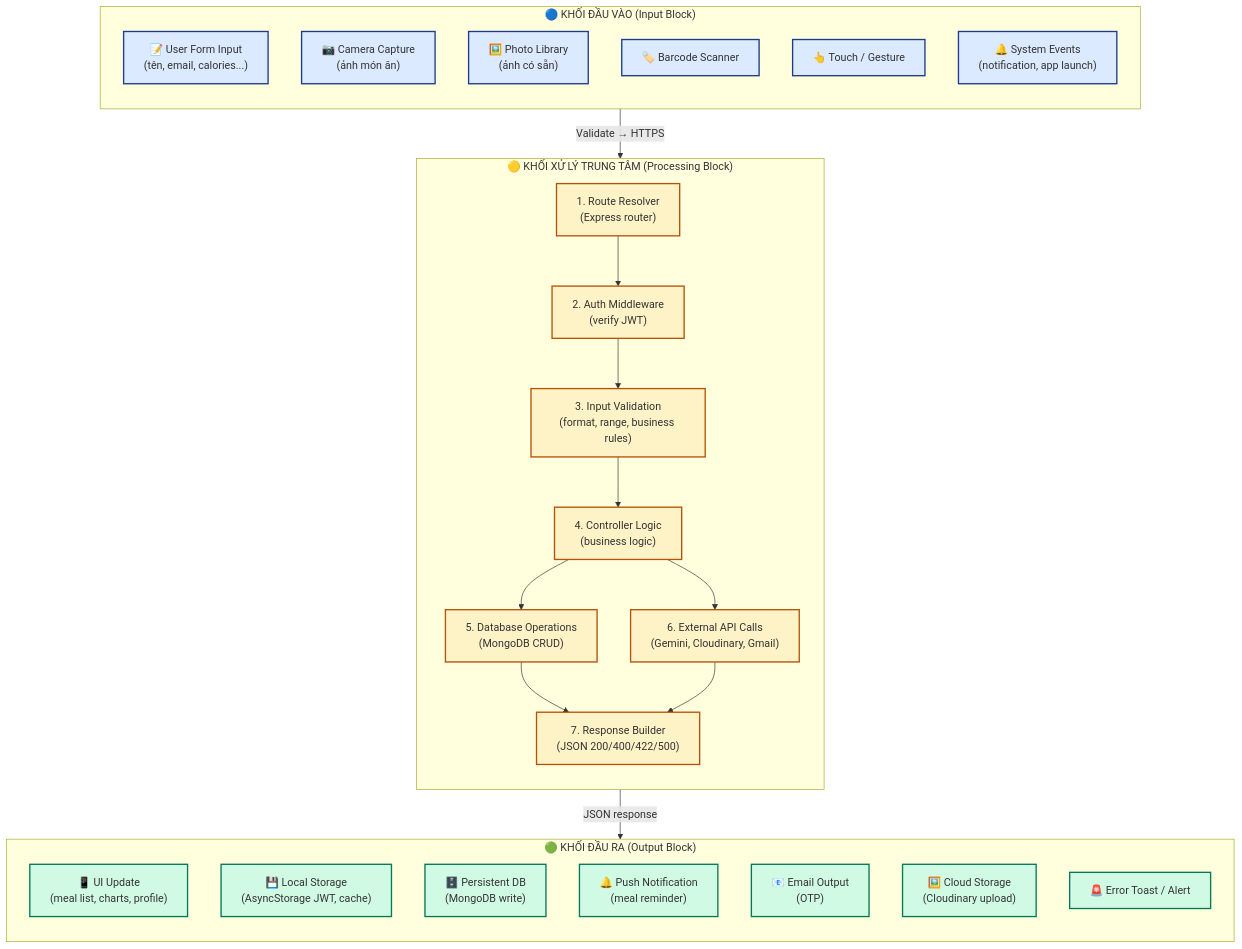
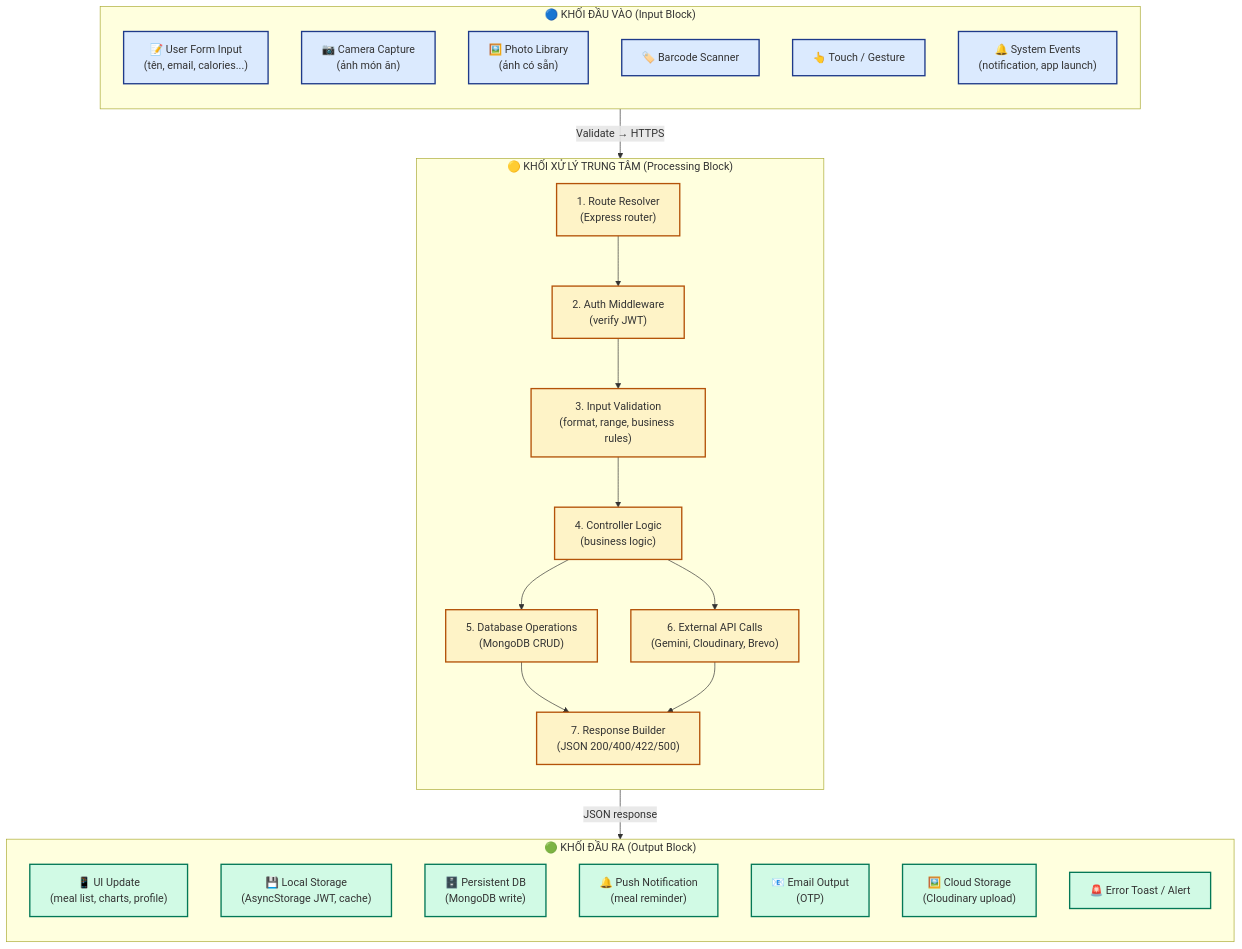
One commit to King242004/COMP1682.King changed the second of 3 diagrams in ARCHITECTURE.md. Above: the diagram before and after it, drawn with Mermaid. The commit also changed other lines of this file and 8 other files, not shown here.

````diff
--- a/ARCHITECTURE.md
+++ b/ARCHITECTURE.md
@@ -235,49 +235,49 @@
 ```mermaid
 flowchart TB
     subgraph INPUT["🔵 KHỐI ĐẦU VÀO (Input Block)"]
         direction TB
         I1["📝 User Form Input<br/>(tên, email, calories...)"]
         I2["📷 Camera Capture<br/>(ảnh món ăn)"]
         I3["🖼️ Photo Library<br/>(ảnh có sẵn)"]
         I4["🏷️ Barcode Scanner"]
         I5["👆 Touch / Gesture"]
         I6["🔔 System Events<br/>(notification, app launch)"]
     end
 
     subgraph PROCESS["🟡 KHỐI XỬ LÝ TRUNG TÂM (Processing Block)"]
         direction TB
         P1["1. Route Resolver<br/>(Express router)"]
         P2["2. Auth Middleware<br/>(verify JWT)"]
         P3["3. Input Validation<br/>(format, range, business rules)"]
         P4["4. Controller Logic<br/>(business logic)"]
         P5["5. Database Operations<br/>(MongoDB CRUD)"]
-        P6["6. External API Calls<br/>(Gemini, Cloudinary, Gmail)"]
+        P6["6. External API Calls<br/>(Gemini, Cloudinary, Brevo)"]
         P7["7. Response Builder<br/>(JSON 200/400/422/500)"]
         P1 --> P2 --> P3 --> P4 --> P5
         P4 --> P6
         P5 --> P7
         P6 --> P7
     end
 
     subgraph OUTPUT["🟢 KHỐI ĐẦU RA (Output Block)"]
         direction TB
         O1["📱 UI Update<br/>(meal list, charts, profile)"]
         O2["💾 Local Storage<br/>(AsyncStorage JWT, cache)"]
         O3["🗄️ Persistent DB<br/>(MongoDB write)"]
         O4["🔔 Push Notification<br/>(meal reminder)"]
         O5["📧 Email Output<br/>(OTP)"]
         O6["🖼️ Cloud Storage<br/>(Cloudinary upload)"]
         O7["🚨 Error Toast / Alert"]
     end
 
     INPUT -- "Validate → HTTPS" --> PROCESS
     PROCESS -- "JSON response" --> OUTPUT
 
     classDef inputStyle fill:#DBEAFE,stroke:#1E3A8A,stroke-width:2px
     classDef procStyle fill:#FEF3C7,stroke:#B45309,stroke-width:2px
     classDef outStyle fill:#D1FAE5,stroke:#047857,stroke-width:2px
 
     class I1,I2,I3,I4,I5,I6 inputStyle
     class P1,P2,P3,P4,P5,P6,P7 procStyle
     class O1,O2,O3,O4,O5,O6,O7 outStyle
 ```
````
